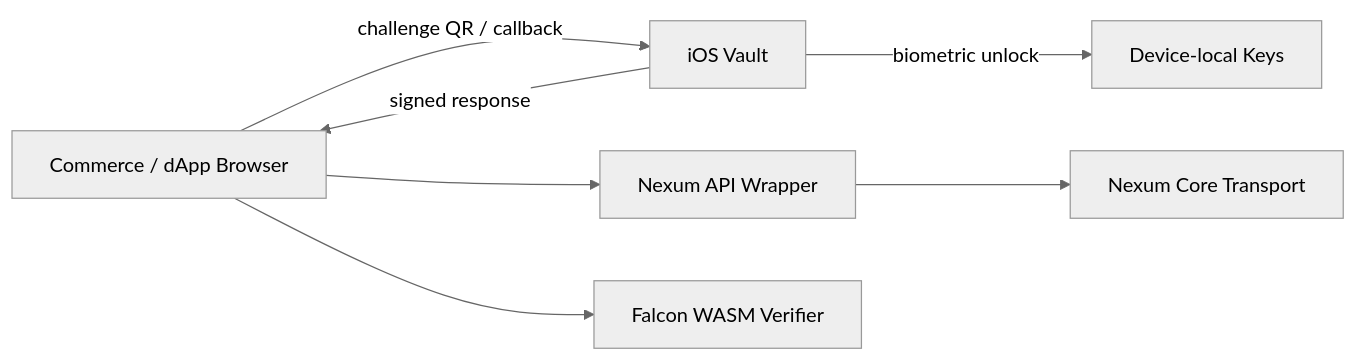
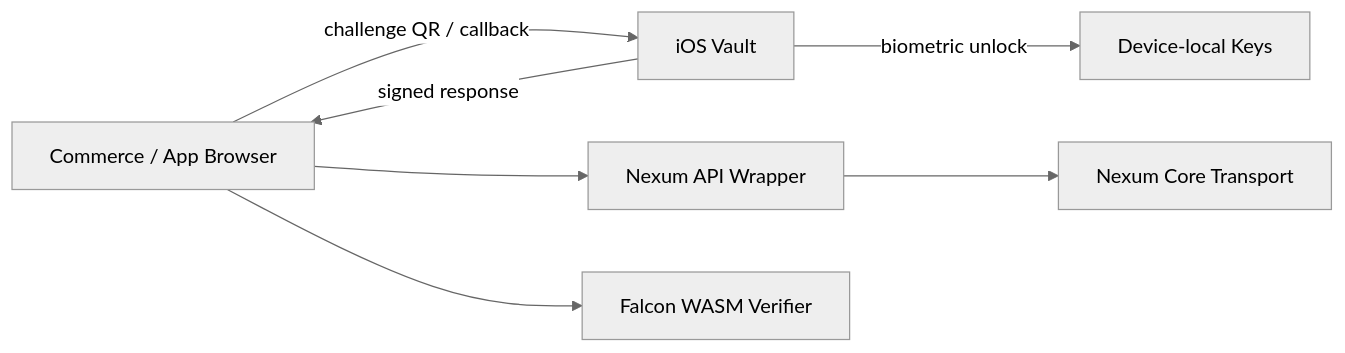
One commit to niirmataa/nexum-network changed the diagram in README.md. Above: the diagram before and after it, drawn with Mermaid (neutral theme). The commit also changed other lines of this file and 2 other files, not shown here.

````diff
--- a/README.md
+++ b/README.md
@@ -31,16 +36,16 @@
 ```mermaid
 flowchart LR
-    Browser["Commerce / dApp Browser"]
+    Browser["Commerce / App Browser"]
     API["Nexum API Wrapper"]
     Vault["iOS Vault"]
     Core["Nexum Core Transport"]
     WASM["Falcon WASM Verifier"]
     Keys["Device-local Keys"]
 
     Browser -->|"challenge QR / callback"| Vault
     Vault -->|"biometric unlock"| Keys
     Vault -->|"signed response"| Browser
     Browser --> API
     API --> Core
     Browser --> WASM
 ```
````
